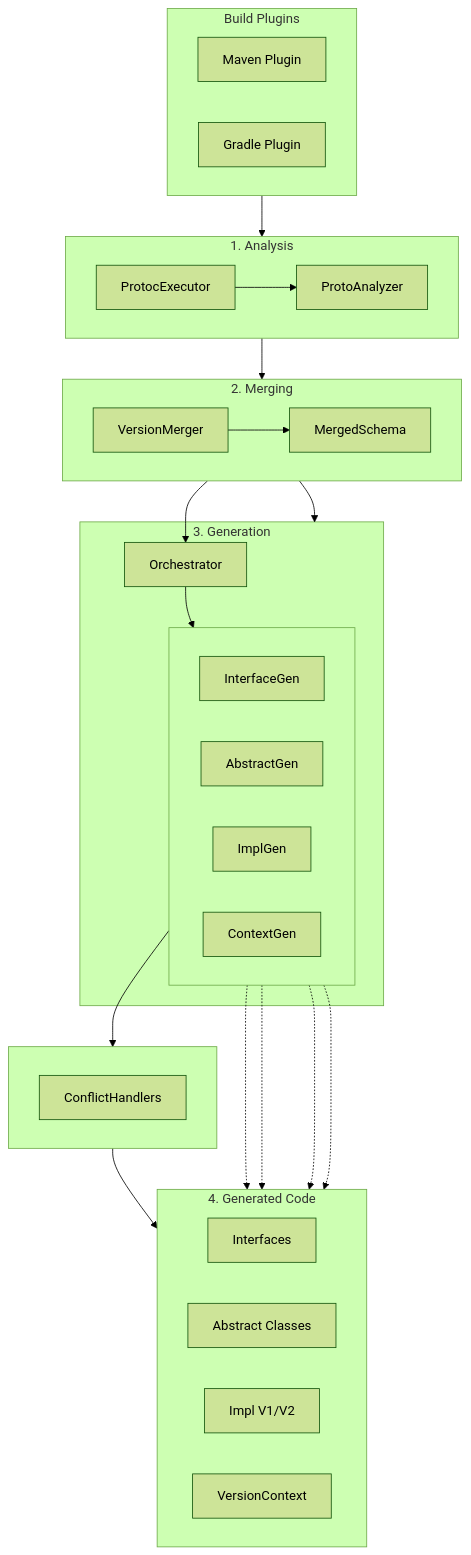
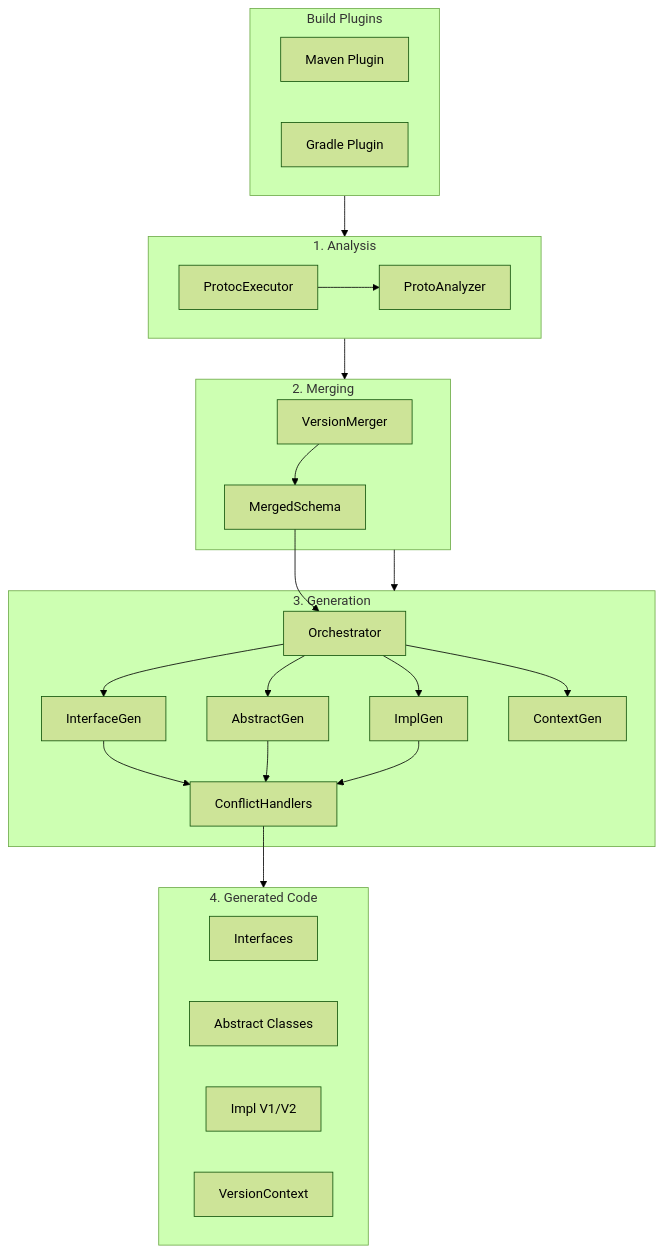
The sixth of 6 diagrams in docs/ARCHITECTURE.md (alnovis/proto-wrapper-plugin), drawn with Mermaid (forest theme) before and after one commit. The commit also changed other lines of this file, not shown here.

Commit message:
fix(docs): fix Mermaid diagrams for GitHub rendering
  GitHub's Mermaid renderer doesn't support:
  - namespace keyword in classDiagram
  - empty subgraph titles
  - nested subgraphs in some cases

  Changes to ARCHITECTURE.md:
  - Replaced namespace blocks with flat class declarations
  - Added handler categories as text below diagram
  - Simplified Component Diagram structure
  - Removed nested subgraphs and empty titles

````diff
--- a/docs/ARCHITECTURE.md
+++ b/docs/ARCHITECTURE.md
@@ -472,56 +469,44 @@
 ```mermaid
 flowchart TB
     subgraph Plugins ["Build Plugins"]
-        direction LR
         MP[Maven Plugin]
         GP[Gradle Plugin]
     end
 
     subgraph Analysis ["1. Analysis"]
-        direction LR
         PE[ProtocExecutor] --> PA[ProtoAnalyzer]
     end
 
     subgraph Merging ["2. Merging"]
-        direction LR
         VM[VersionMerger] --> MS[MergedSchema]
     end
 
     subgraph Generation ["3. Generation"]
         GO[Orchestrator]
-        subgraph Generators [" "]
-            direction LR
-            IG[InterfaceGen]
-            AG[AbstractGen]
-            ICG[ImplGen]
-            VCG[ContextGen]
-        end
-    end
-
-    subgraph Conflicts [" "]
+        IG[InterfaceGen]
+        AG[AbstractGen]
+        ICG[ImplGen]
+        VCG[ContextGen]
         FPC[ConflictHandlers]
     end
 
     subgraph Output ["4. Generated Code"]
-        direction LR
         INT[Interfaces]
         ABS[Abstract Classes]
         IMPL[Impl V1/V2]
         VC[VersionContext]
     end
 
-    %% Vertical flow
     Plugins --> Analysis
     Analysis --> Merging
     Merging --> Generation
     MS --> GO
-    GO --> Generators
-    Generators --> Conflicts
-    Conflicts --> Output
-
-    %% Output connections
-    IG -.-> INT
-    AG -.-> ABS
-    ICG -.-> IMPL
-    VCG -.-> VC
+    GO --> IG
+    GO --> AG
+    GO --> ICG
+    GO --> VCG
+    IG --> FPC
+    AG --> FPC
+    ICG --> FPC
+    FPC --> Output
 ```
````
